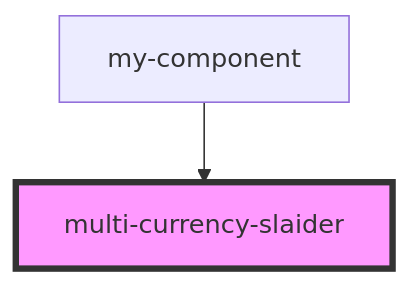
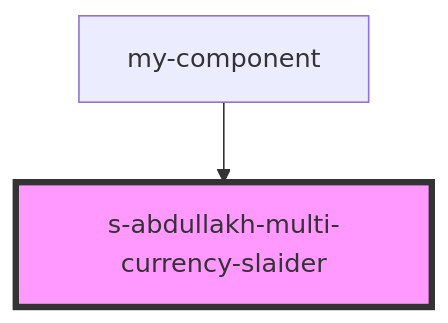
Before and after one commit to Wokh-Dada/companycards: the diagram in src/components/res/view/s-abdullakh-multi-currency-slaider/readme.md, drawn with Mermaid. The commit also changed other lines of this file and 28 other files, not shown here.

````diff
--- a/src/components/res/view/s-abdullakh-multi-currency-slaider/readme.md
+++ b/src/components/res/view/s-abdullakh-multi-currency-slaider/readme.md
@@ -15,5 +22,5 @@
 ```mermaid
 graph TD;
-  my-component --> multi-currency-slaider
-  style multi-currency-slaider fill:#f9f,stroke:#333,stroke-width:4px
+  my-component --> s-abdullakh-multi-currency-slaider
+  style s-abdullakh-multi-currency-slaider fill:#f9f,stroke:#333,stroke-width:4px
 ```
````
